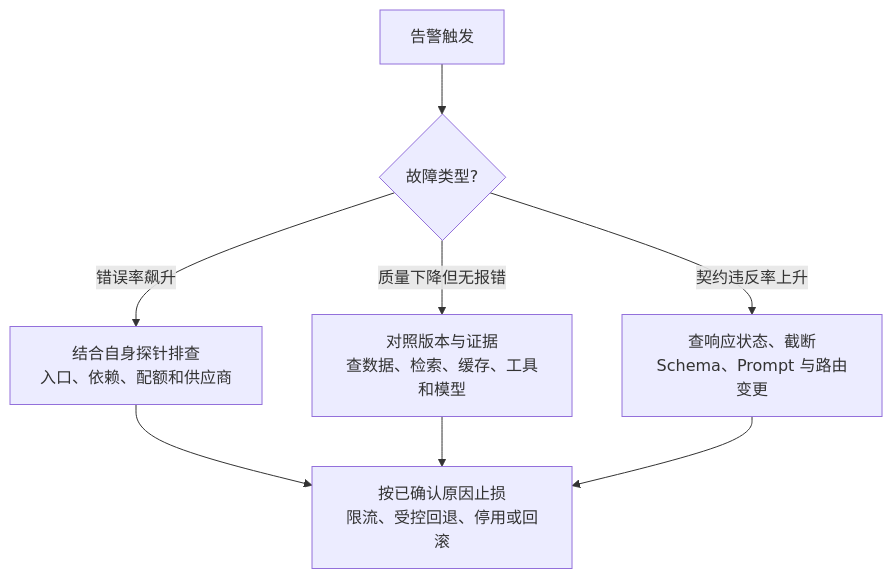
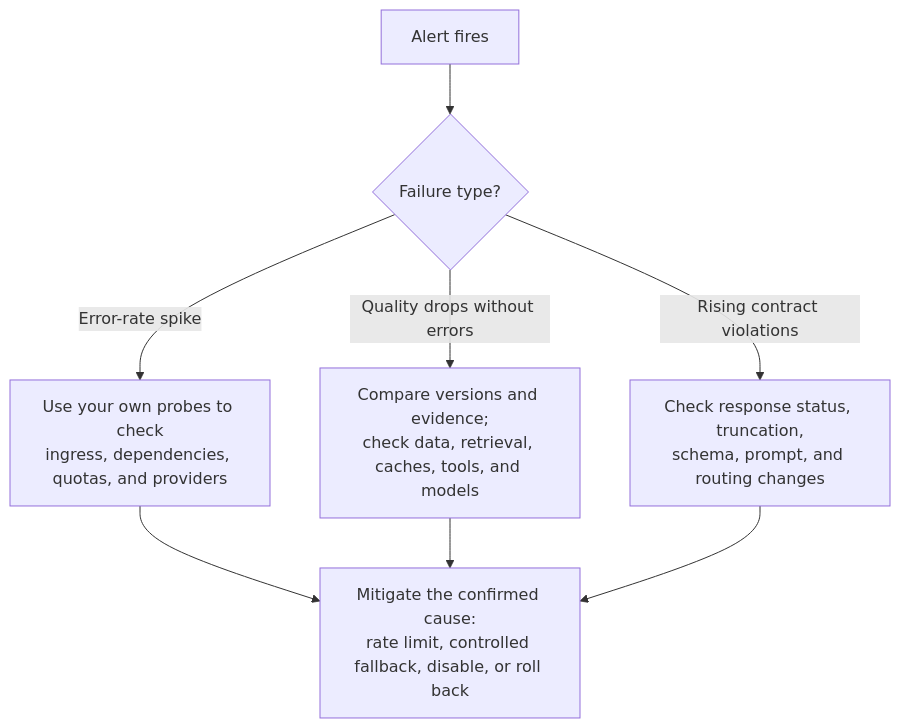
Before and after one commit to oneleaveknowsthefall/awesome-ai-roadmap: the second of 2 diagrams in docs/engineering/06-performance-operations/12-slo-capacity-incident-response.md, drawn with Mermaid. The commit also changed other lines of this file and 82 other files, not shown here.

````diff
--- a/docs/engineering/06-performance-operations/12-slo-capacity-incident-response.md
+++ b/docs/engineering/06-performance-operations/12-slo-capacity-incident-response.md
@@ -72,10 +72,10 @@
 ```mermaid
 flowchart TB
-    ALERT["告警触发"] --> TRIAGE{"故障类型?"}
-    TRIAGE -->|错误率飙升| CHECK_PROVIDER["结合自身探针排查<br/>入口、依赖、配额和供应商"]
-    TRIAGE -->|质量下降但无报错| CHECK_MODEL["对照版本与证据<br/>查数据、检索、缓存、工具和模型"]
-    TRIAGE -->|契约违反率上升| CHECK_PROMPT["查响应状态、截断<br/>Schema、Prompt 与路由变更"]
-    CHECK_PROVIDER --> MITIGATE["按已确认原因止损<br/>限流、受控回退、停用或回滚"]
+    ALERT["Alert fires"] --> TRIAGE{"Failure type?"}
+    TRIAGE -->|Error-rate spike| CHECK_PROVIDER["Use your own probes to check<br/>ingress, dependencies, quotas, and providers"]
+    TRIAGE -->|Quality drops without errors| CHECK_MODEL["Compare versions and evidence;<br/>check data, retrieval, caches, tools, and models"]
+    TRIAGE -->|Rising contract violations| CHECK_PROMPT["Check response status, truncation,<br/>schema, prompt, and routing changes"]
+    CHECK_PROVIDER --> MITIGATE["Mitigate the confirmed cause:<br/>rate limit, controlled fallback, disable, or roll back"]
     CHECK_MODEL --> MITIGATE
     CHECK_PROMPT --> MITIGATE
 ```
````
